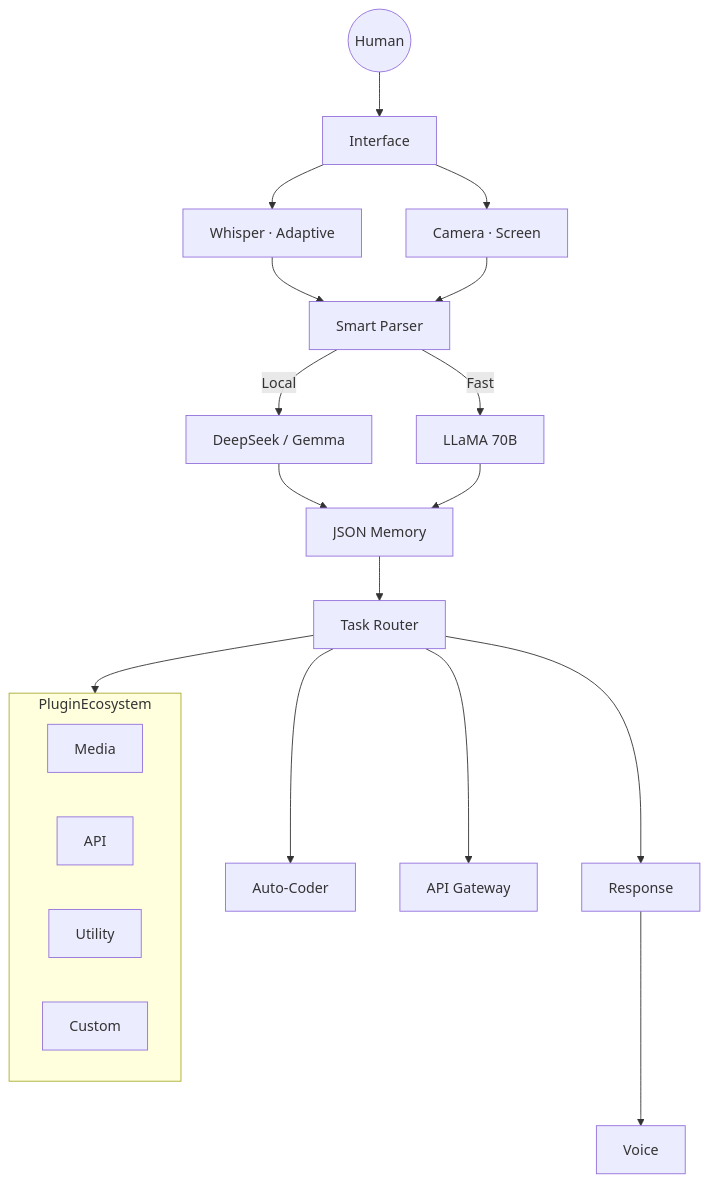
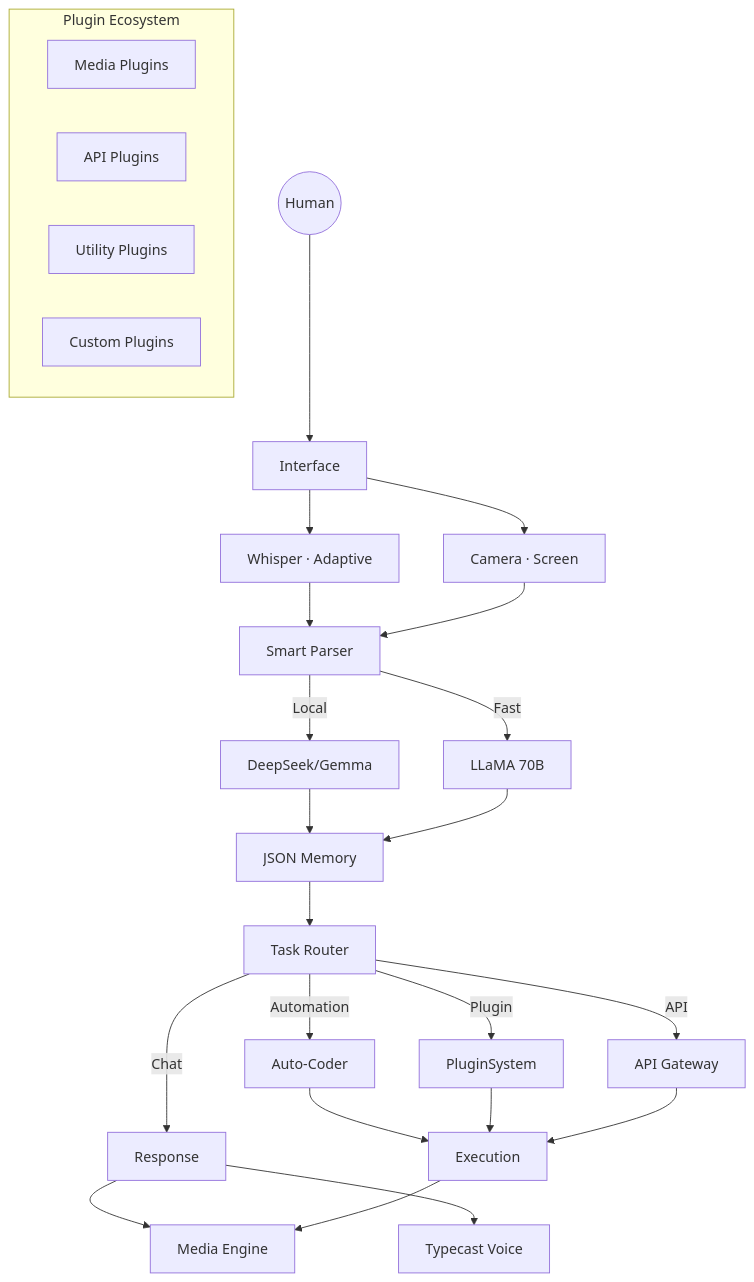
Before and after one commit to nissanpatrolk5037-ctrl/Optimind: the second of 3 diagrams in README.md, drawn with Mermaid.

````diff
--- a/README.md
+++ b/README.md
@@ -95,28 +95,34 @@
 ```mermaid
 flowchart TB
     User((Human)) --> Interface
     Interface --> STT[Whisper · Adaptive]
     Interface --> Vision[Camera · Screen]
     STT --> Brain[Smart Parser]
     Vision --> Brain
-    Brain -->|Local| LocalLLMs[DeepSeek / Gemma]
+    Brain -->|Local| LocalLLMs[DeepSeek/Gemma]
     Brain -->|Fast| Groq[LLaMA 70B]
-
-    subgraph PluginEcosystem
-        P1[Media]
-        P2[API]
-        P3[Utility]
-        P4[Custom]
+    
+    subgraph "Plugin Ecosystem"
+        P1[Media Plugins]
+        P2[API Plugins]
+        P3[Utility Plugins]
+        P4[Custom Plugins]
     end
-
+    
     LocalLLMs --> Memory[JSON Memory]
     Groq --> Memory
     Memory --> Decision[Task Router]
-
-    Decision --> Code[Auto-Coder]
-    Decision --> PluginEcosystem
-    Decision --> API[API Gateway]
-    Decision --> Response
-
-    Response --> TTS[Voice]
+    
+    Decision -->|Automation| Code[Auto‑Coder]
+    Decision -->|Plugin| PluginSystem
+    Decision -->|API| API[API Gateway]
+    Decision -->|Chat| Response
+    
+    Code --> Output[Execution]
+    PluginSystem --> Output
+    API --> Output
+    Response --> TTS[Typecast Voice]
+    Response --> Media[Media Engine]
+    
+    Output --> Media
 ```
````
